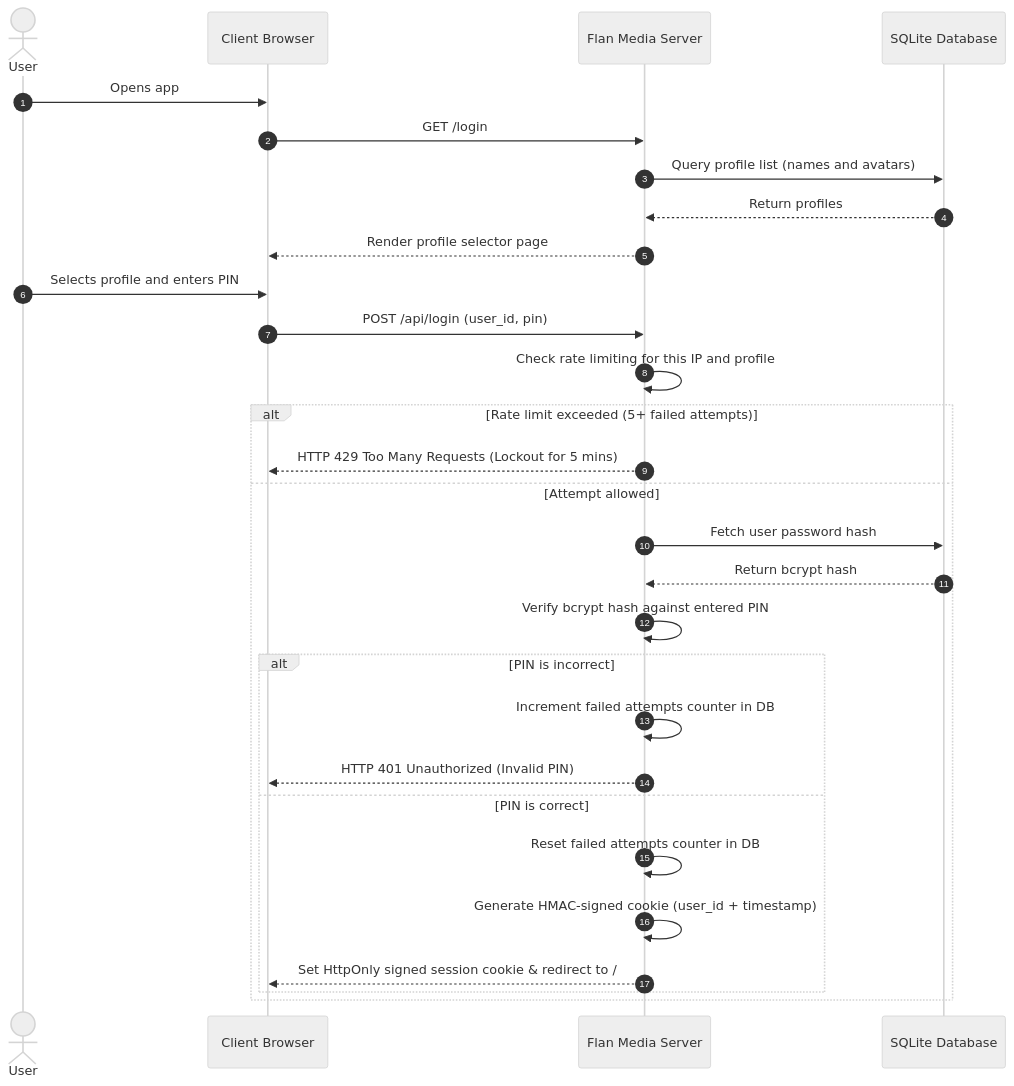
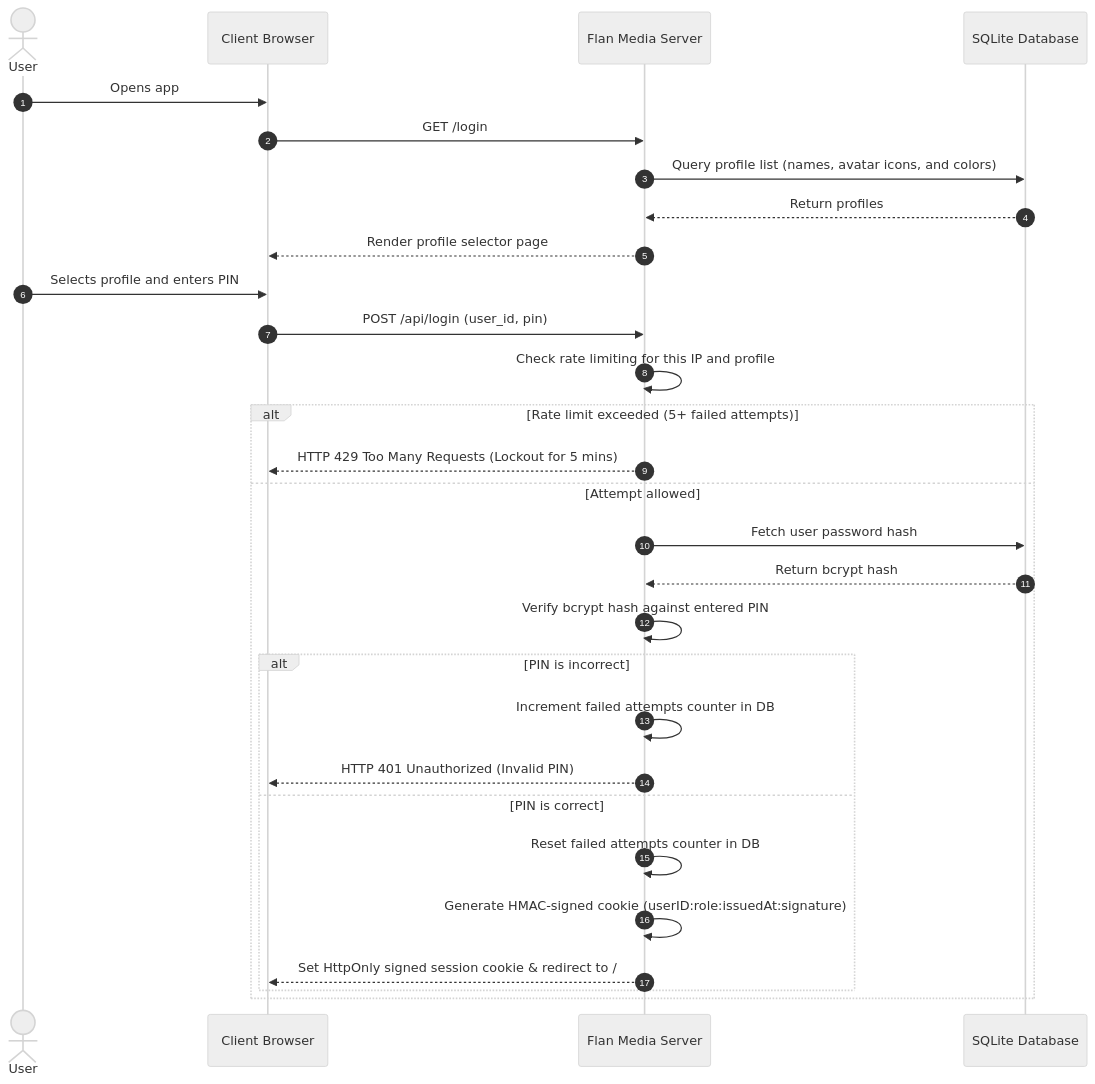
One commit to WesleyEsq/Flan-Media-Server changed the second of 5 diagrams in docs/diagrams/user-flows.md. Above: the diagram before and after it, drawn with Mermaid (neutral theme). The commit also changed other lines of this file and 15 other files, not shown here.

````diff
--- a/docs/diagrams/user-flows.md
+++ b/docs/diagrams/user-flows.md
@@ -36,35 +36,35 @@
 ```mermaid
 sequenceDiagram
     autonumber
     actor User
     participant Browser as Client Browser
     participant Server as Flan Media Server
     participant DB as SQLite Database
 
     User->>Browser: Opens app
     Browser->>Server: GET /login
-    Server->>DB: Query profile list (names and avatars)
+    Server->>DB: Query profile list (names, avatar icons, and colors)
     DB-->>Server: Return profiles
     Server-->>Browser: Render profile selector page
 
     User->>Browser: Selects profile and enters PIN
     Browser->>Server: POST /api/login (user_id, pin)
 
     Server->>Server: Check rate limiting for this IP and profile
     alt Rate limit exceeded (5+ failed attempts)
         Server-->>Browser: HTTP 429 Too Many Requests (Lockout for 5 mins)
     else Attempt allowed
         Server->>DB: Fetch user password hash
         DB-->>Server: Return bcrypt hash
         Server->>Server: Verify bcrypt hash against entered PIN
 
         alt PIN is incorrect
             Server->>Server: Increment failed attempts counter in DB
             Server-->>Browser: HTTP 401 Unauthorized (Invalid PIN)
         else PIN is correct
             Server->>Server: Reset failed attempts counter in DB
-            Server->>Server: Generate HMAC-signed cookie (user_id + timestamp)
+            Server->>Server: Generate HMAC-signed cookie (userID:role:issuedAt:signature)
             Server-->>Browser: Set HttpOnly signed session cookie & redirect to /
         end
     end
 ```
````
